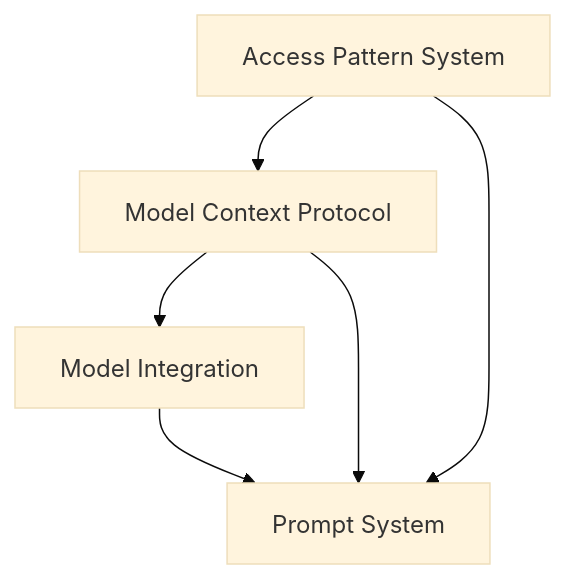
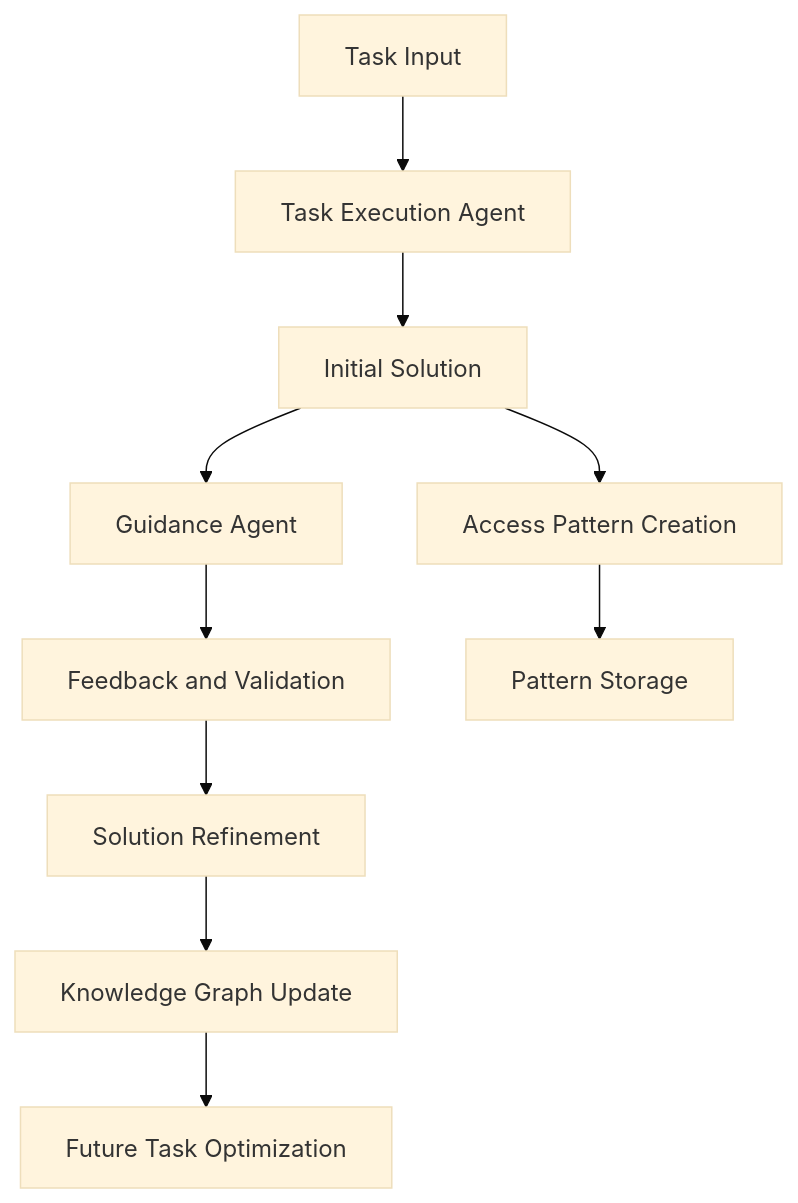
The diagram in COMPONENTS.md (gavinvolpe/nexus), drawn with Mermaid (base theme) before and after one commit. The commit also changed other lines of this file and 12 other files, not shown here.

````diff
--- a/COMPONENTS.md
+++ b/COMPONENTS.md
@@ -76,8 +115,12 @@
 ```mermaid
 graph TD
-    A[Access Pattern System] --> B[Model Context Protocol]
-    B --> C[Model Integration]
-    C --> D[Prompt System]
-    B --> D
-    A --> D
+    A[Task Input] --> B[Task Execution Agent]
+    B --> C[Initial Solution]
+    C --> D[Guidance Agent]
+    C --> E[Access Pattern Creation]
+    D --> F[Feedback and Validation]
+    E --> G[Pattern Storage]
+    F --> H[Solution Refinement]
+    H --> I[Knowledge Graph Update]
+    I --> J[Future Task Optimization]
 ```
````
